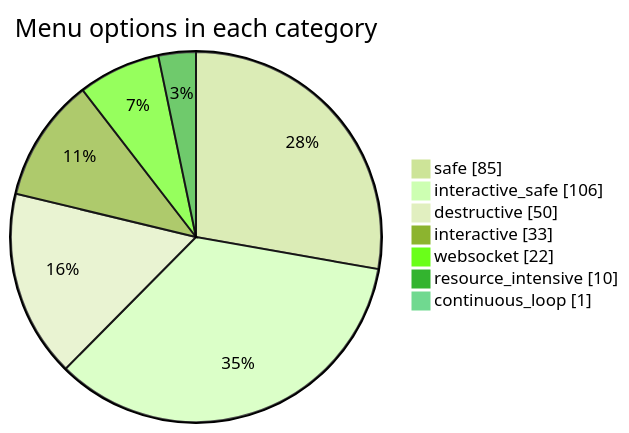
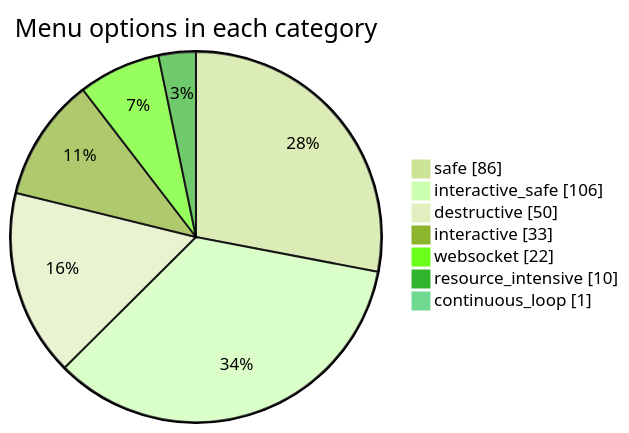
The third of 3 diagrams in documentation/menu-api/README.md (jmorrison-juniper/MistHelper), drawn with Mermaid (forest theme) before and after one commit. The commit also changed other lines of this file and 35 other files, not shown here.

````diff
--- a/documentation/menu-api/README.md
+++ b/documentation/menu-api/README.md
@@ -61,11 +61,11 @@
 ```mermaid
 pie showData
     title Menu options in each category
-    "safe" : 85
+    "safe" : 86
     "interactive_safe" : 106
     "destructive" : 50
     "interactive" : 33
     "websocket" : 22
     "resource_intensive" : 10
     "continuous_loop" : 1
 ```
````
